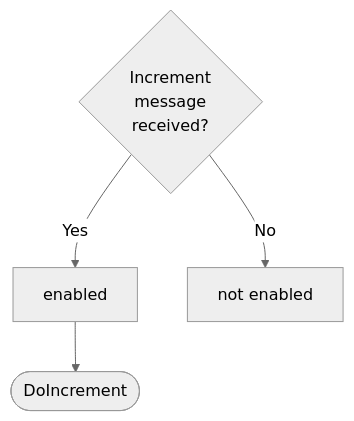
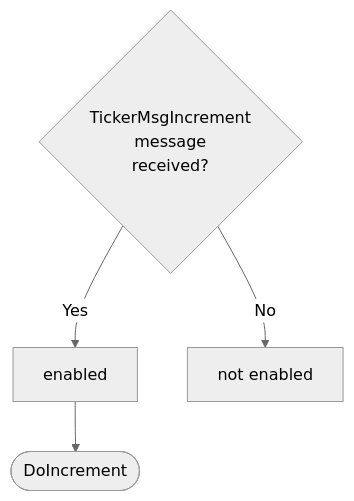
Before and after one commit to anoma/nspec: the first of 2 diagrams in docs/arch/node/engines/ticker_behaviour.juvix.md, drawn with Mermaid (neutral theme). The commit also changed other lines of this file and 12 other files, not shown here.

````diff
--- a/docs/arch/node/engines/ticker_behaviour.juvix.md
+++ b/docs/arch/node/engines/ticker_behaviour.juvix.md
@@ -156,7 +166,7 @@
 ```mermaid
 flowchart TD
-C{Increment<br>message<br>received?}
+C{TickerMsgIncrement<br>message<br>received?}
 C -->|Yes| D[enabled]
 C -->|No| E[not enabled]
 D --> F([DoIncrement])
 ```
````
